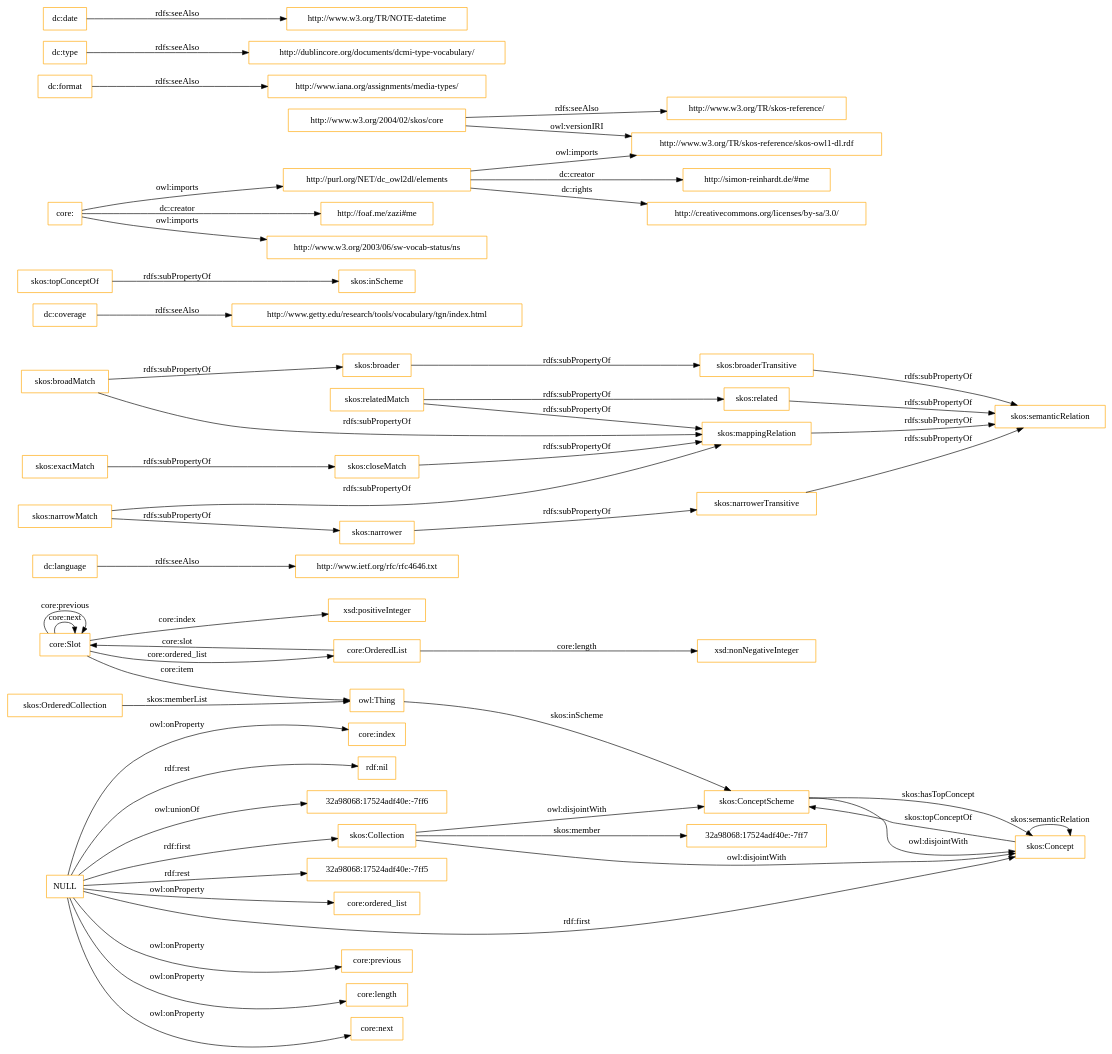
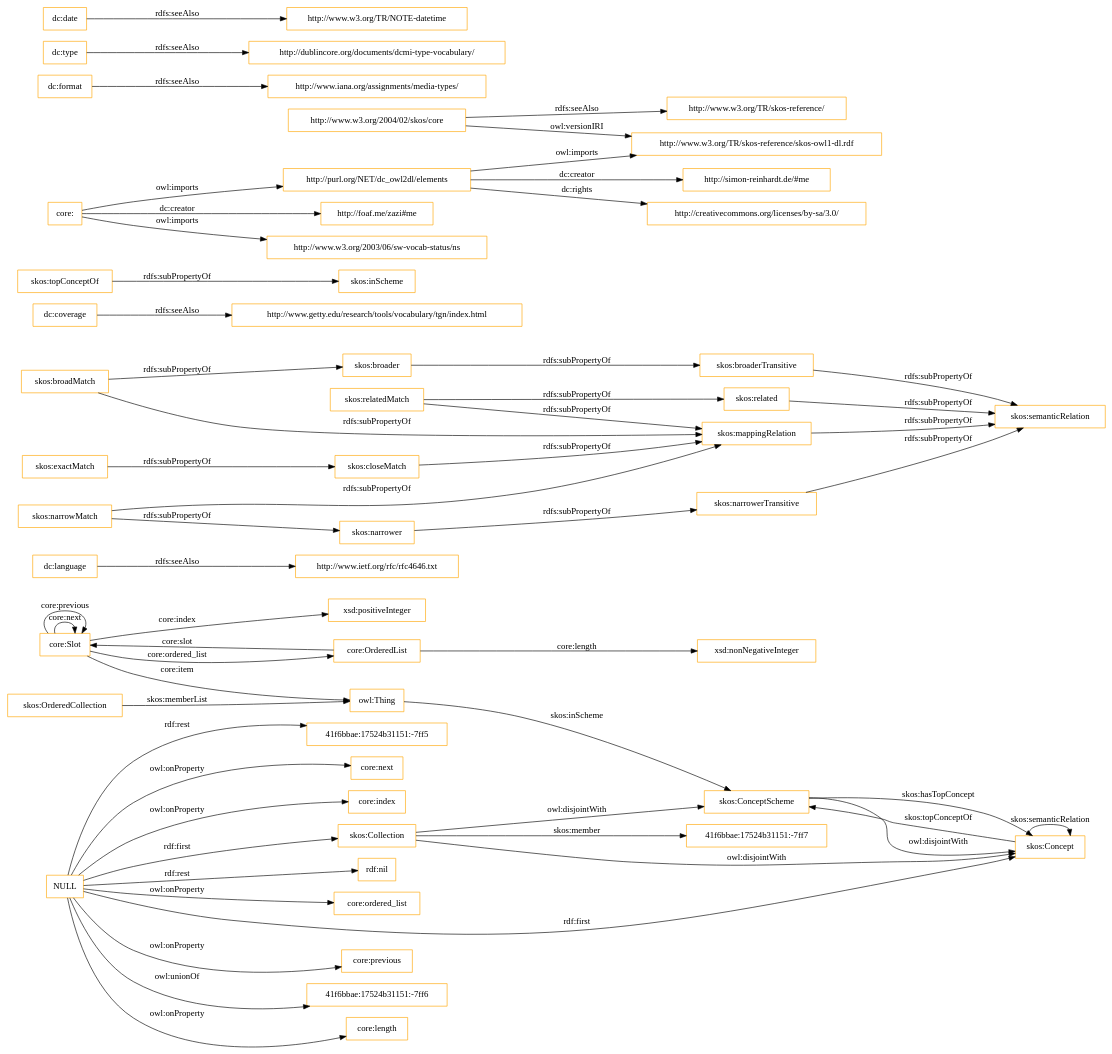
One commit to OnToologyUser/core-ontology-1 changed the diagram in OnToology/imports/core.owl/diagrams/ar2dtool-class/core.owl.png.dot. Above: the diagram before and after it, drawn with Graphviz. The commit also changed 14 other files, not shown here.

```diff
--- a/OnToology/imports/core.owl/diagrams/ar2dtool-class/core.owl.png.dot
+++ b/OnToology/imports/core.owl/diagrams/ar2dtool-class/core.owl.png.dot
@@ -1,60 +1,60 @@
 digraph ar2dtool_diagram { 
 rankdir=LR;
 size="1501"
-node [shape = rectangle, color="orange"]; "core:Slot" "core:OrderedList" "32a98068:17524adf40e:-7ff7" "skos:OrderedCollection" "skos:Collection" "skos:ConceptScheme" "skos:Concept" ; /*classes style*/
+node [shape = rectangle, color="orange"]; "core:Slot" "core:OrderedList" "41f6bbae:17524b31151:-7ff7" "skos:OrderedCollection" "skos:Collection" "skos:ConceptScheme" "skos:Concept" ; /*classes style*/
 	"dc:language" -> "http://www.ietf.org/rfc/rfc4646.txt" [ label = "rdfs:seeAlso" ];
 	"NULL" -> "core:previous" [ label = "owl:onProperty" ];
+	"NULL" -> "41f6bbae:17524b31151:-7ff6" [ label = "owl:unionOf" ];
 	"NULL" -> "core:length" [ label = "owl:onProperty" ];
 	"NULL" -> "skos:Concept" [ label = "rdf:first" ];
+	"NULL" -> "41f6bbae:17524b31151:-7ff5" [ label = "rdf:rest" ];
 	"NULL" -> "core:next" [ label = "owl:onProperty" ];
 	"NULL" -> "core:index" [ label = "owl:onProperty" ];
 	"NULL" -> "rdf:nil" [ label = "rdf:rest" ];
-	"NULL" -> "32a98068:17524adf40e:-7ff6" [ label = "owl:unionOf" ];
-	"NULL" -> "32a98068:17524adf40e:-7ff5" [ label = "rdf:rest" ];
 	"NULL" -> "core:ordered_list" [ label = "owl:onProperty" ];
 	"NULL" -> "skos:Collection" [ label = "rdf:first" ];
 	"skos:closeMatch" -> "skos:mappingRelation" [ label = "rdfs:subPropertyOf" ];
 	"dc:coverage" -> "http://www.getty.edu/research/tools/vocabulary/tgn/index.html" [ label = "rdfs:seeAlso" ];
 	"skos:relatedMatch" -> "skos:related" [ label = "rdfs:subPropertyOf" ];
 	"skos:relatedMatch" -> "skos:mappingRelation" [ label = "rdfs:subPropertyOf" ];
 	"skos:ConceptScheme" -> "skos:Concept" [ label = "owl:disjointWith" ];
 	"skos:related" -> "skos:semanticRelation" [ label = "rdfs:subPropertyOf" ];
 	"skos:topConceptOf" -> "skos:inScheme" [ label = "rdfs:subPropertyOf" ];
 	"skos:broadMatch" -> "skos:broader" [ label = "rdfs:subPropertyOf" ];
 	"skos:broadMatch" -> "skos:mappingRelation" [ label = "rdfs:subPropertyOf" ];
 	"http://purl.org/NET/dc_owl2dl/elements" -> "http://www.w3.org/TR/skos-reference/skos-owl1-dl.rdf" [ label = "owl:imports" ];
 	"http://purl.org/NET/dc_owl2dl/elements" -> "http://creativecommons.org/licenses/by-sa/3.0/" [ label = "dc:rights" ];
 	"http://purl.org/NET/dc_owl2dl/elements" -> "http://simon-reinhardt.de/#me" [ label = "dc:creator" ];
 	"skos:exactMatch" -> "skos:closeMatch" [ label = "rdfs:subPropertyOf" ];
 	"dc:format" -> "http://www.iana.org/assignments/media-types/" [ label = "rdfs:seeAlso" ];
 	"core:" -> "http://foaf.me/zazi#me" [ label = "dc:creator" ];
 	"core:" -> "http://www.w3.org/2003/06/sw-vocab-status/ns" [ label = "owl:imports" ];
 	"core:" -> "http://purl.org/NET/dc_owl2dl/elements" [ label = "owl:imports" ];
 	"skos:broaderTransitive" -> "skos:semanticRelation" [ label = "rdfs:subPropertyOf" ];
 	"skos:mappingRelation" -> "skos:semanticRelation" [ label = "rdfs:subPropertyOf" ];
 	"skos:broader" -> "skos:broaderTransitive" [ label = "rdfs:subPropertyOf" ];
 	"dc:type" -> "http://dublincore.org/documents/dcmi-type-vocabulary/" [ label = "rdfs:seeAlso" ];
 	"http://www.w3.org/2004/02/skos/core" -> "http://www.w3.org/TR/skos-reference/skos-owl1-dl.rdf" [ label = "owl:versionIRI" ];
 	"http://www.w3.org/2004/02/skos/core" -> "http://www.w3.org/TR/skos-reference/" [ label = "rdfs:seeAlso" ];
 	"skos:Collection" -> "skos:ConceptScheme" [ label = "owl:disjointWith" ];
 	"skos:Collection" -> "skos:Concept" [ label = "owl:disjointWith" ];
 	"skos:narrowMatch" -> "skos:narrower" [ label = "rdfs:subPropertyOf" ];
 	"skos:narrowMatch" -> "skos:mappingRelation" [ label = "rdfs:subPropertyOf" ];
 	"skos:narrower" -> "skos:narrowerTransitive" [ label = "rdfs:subPropertyOf" ];
 	"dc:date" -> "http://www.w3.org/TR/NOTE-datetime" [ label = "rdfs:seeAlso" ];
 	"skos:narrowerTransitive" -> "skos:semanticRelation" [ label = "rdfs:subPropertyOf" ];
 	"core:Slot" -> "xsd:positiveInteger" [ label = "core:index" ];
 	"skos:Concept" -> "skos:ConceptScheme" [ label = "skos:topConceptOf" ];
 	"core:Slot" -> "owl:Thing" [ label = "core:item" ];
 	"core:OrderedList" -> "xsd:nonNegativeInteger" [ label = "core:length" ];
 	"core:OrderedList" -> "core:Slot" [ label = "core:slot" ];
-	"skos:Collection" -> "32a98068:17524adf40e:-7ff7" [ label = "skos:member" ];
+	"skos:Collection" -> "41f6bbae:17524b31151:-7ff7" [ label = "skos:member" ];
 	"core:Slot" -> "core:Slot" [ label = "core:next" ];
 	"skos:ConceptScheme" -> "skos:Concept" [ label = "skos:hasTopConcept" ];
 	"owl:Thing" -> "skos:ConceptScheme" [ label = "skos:inScheme" ];
 	"core:Slot" -> "core:Slot" [ label = "core:previous" ];
 	"skos:OrderedCollection" -> "owl:Thing" [ label = "skos:memberList" ];
 	"skos:Concept" -> "skos:Concept" [ label = "skos:semanticRelation" ];
 	"core:Slot" -> "core:OrderedList" [ label = "core:ordered_list" ];
 
 }
```
